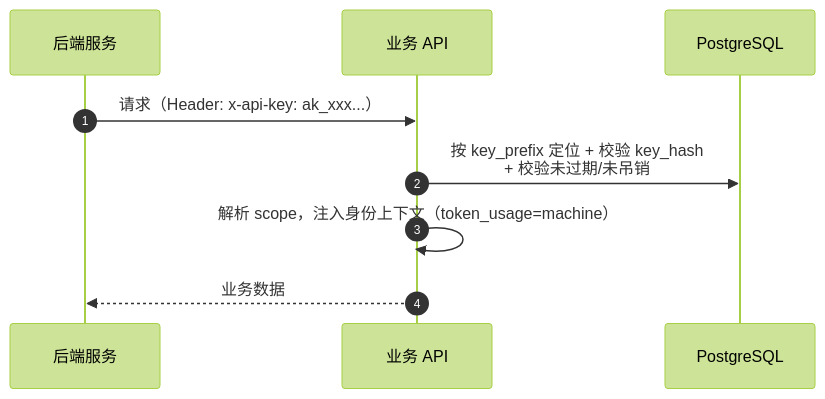
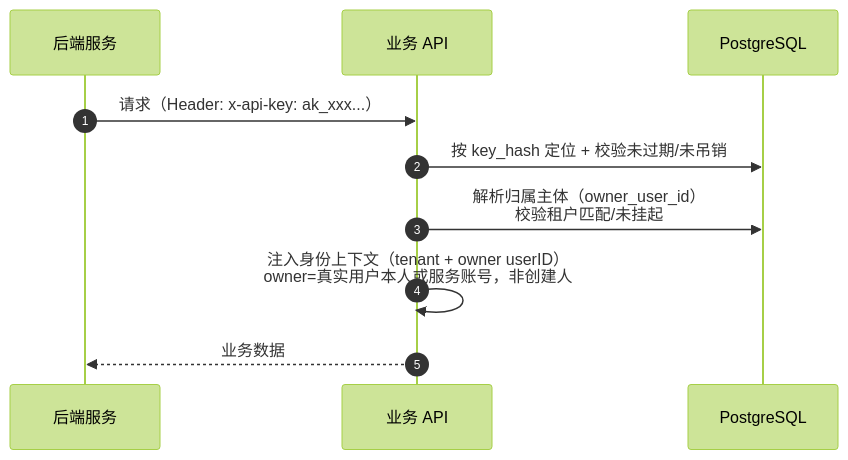
Before and after one commit to morehao/ark-iam: the tenth of 14 diagrams in docs/design/system-design.md, drawn with Mermaid (forest theme). The commit also changed other lines of this file and 47 other files, not shown here.

````diff
--- a/docs/design/system-design.md
+++ b/docs/design/system-design.md
@@ -720,12 +722,13 @@
 ```mermaid
 sequenceDiagram
     autonumber
     participant SVC as 后端服务
     participant API as 业务 API
     participant DB as PostgreSQL
 
     SVC->>API: 请求（Header: x-api-key: ak_xxx...）
-    API->>DB: 按 key_prefix 定位 + 校验 key_hash<br/>+ 校验未过期/未吊销
-    API->>API: 解析 scope，注入身份上下文（token_usage=machine）
+    API->>DB: 按 key_hash 定位 + 校验未过期/未吊销
+    API->>DB: 解析归属主体（owner_user_id）<br/>校验租户匹配/未挂起
+    API->>API: 注入身份上下文（tenant + owner userID）<br/>owner=真实用户本人或服务账号，非创建人
     API-->>SVC: 业务数据
 ```
````
